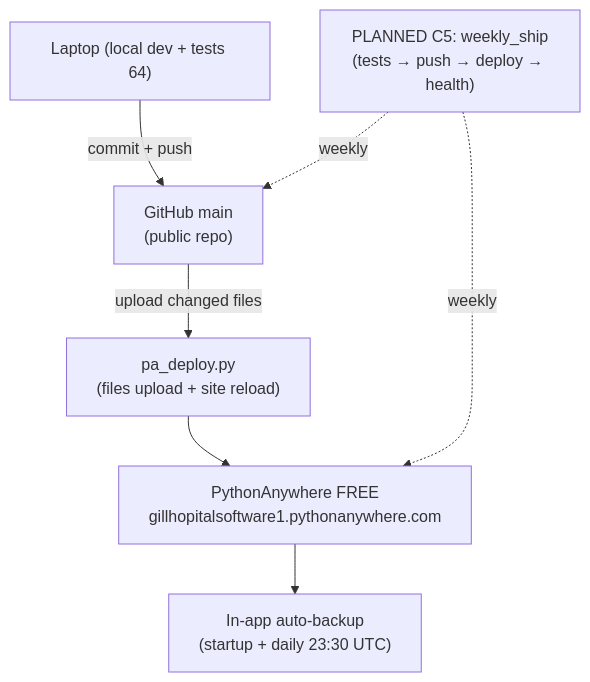
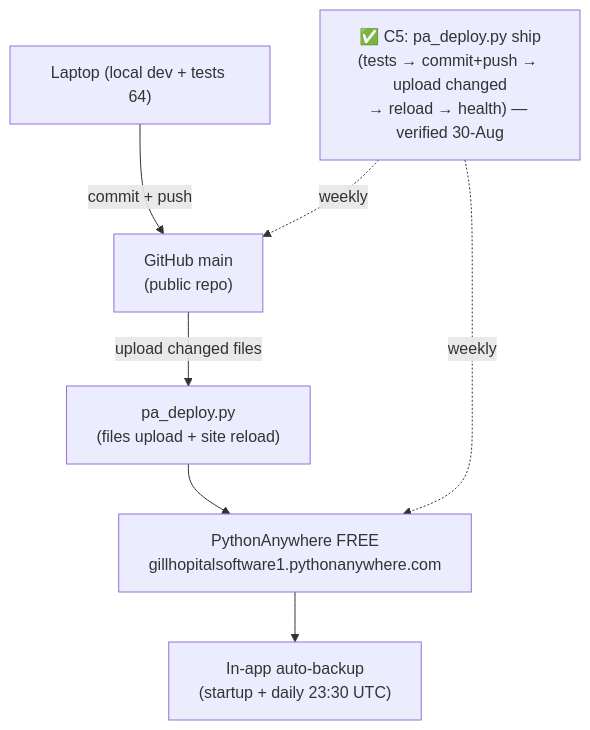
One commit to gurjeetsinghgill8-web/gil-clinic changed the fourth of 5 diagrams in ghos_memory/GRAPH_MEMORY.md. Above: the diagram before and after it, drawn with Mermaid. The commit also changed other lines of this file, not shown here.

Commit message:
docs: GRAPH_MEMORY v2 - C1/C2/C3/C5 shipped status

````diff
--- a/ghos_memory/GRAPH_MEMORY.md
+++ b/ghos_memory/GRAPH_MEMORY.md
@@ -81,15 +81,15 @@
 ```mermaid
 flowchart TB
     DEV["Laptop (local dev + tests 64)"]
     GIT["GitHub main<br/>(public repo)"]
     PA["PythonAnywhere FREE<br/>gillhopitalsoftware1.pythonanywhere.com"]
     DEPLOY["pa_deploy.py<br/>(files upload + site reload)"]
     AUTOB["In-app auto-backup<br/>(startup + daily 23:30 UTC)"]
-    SHIP["PLANNED C5: weekly_ship<br/>(tests → push → deploy → health)"]
+    SHIP["✅ C5: pa_deploy.py ship<br/>(tests → commit+push → upload changed<br/>→ reload → health) — verified 30-Aug"]
     DEV -->|"commit + push"| GIT
     GIT -->|"upload changed files"| DEPLOY
     DEPLOY --> PA
     PA --> AUTOB
     SHIP -.->|weekly| GIT
     SHIP -.->|weekly| PA
 ```
````
